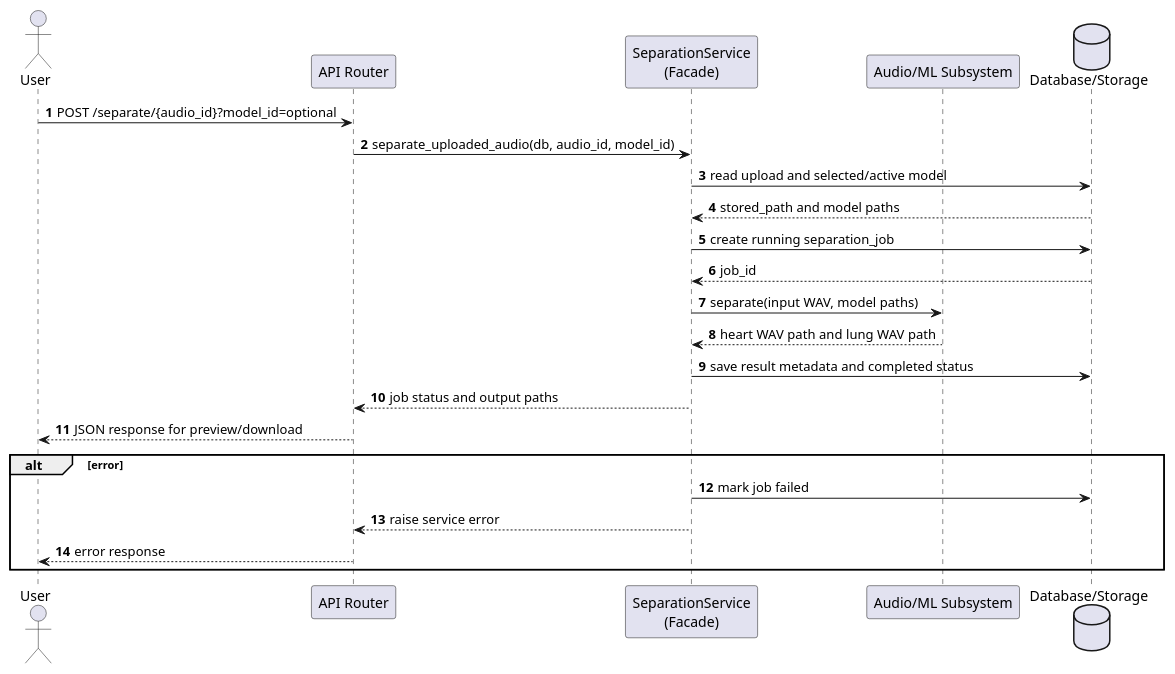
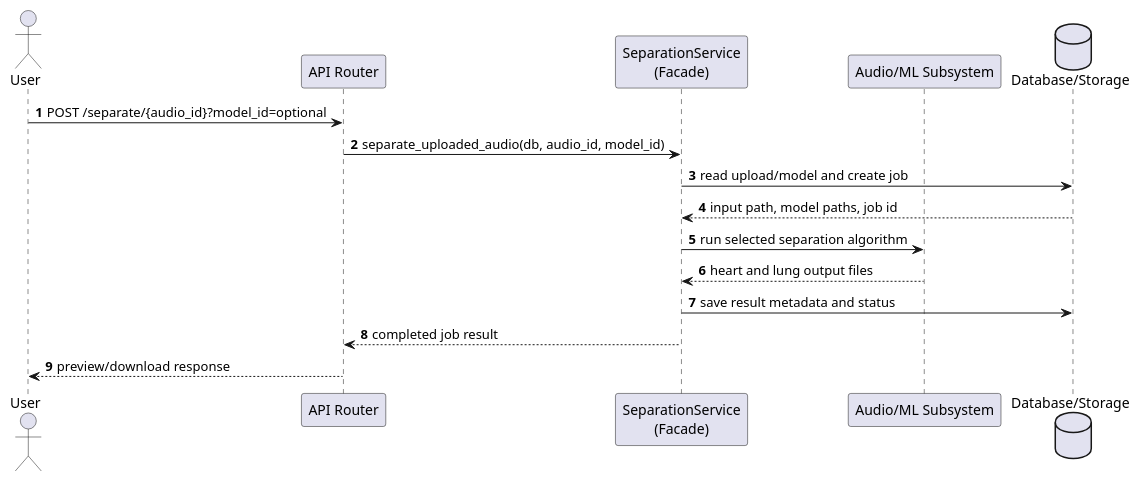
Before and after one commit to ASHRAF-2004/Machine-Learning-Based-System-for-Cardiopulmonary-Sound-Separation: the diagram in docs/software_design_report/diagrams/puml/facade_sequence.puml, drawn with PlantUML. The commit also changed 20 other files, not shown here.

Commit message:
Polish software design report structure and diagrams

```diff
--- a/docs/software_design_report/diagrams/puml/facade_sequence.puml
+++ b/docs/software_design_report/diagrams/puml/facade_sequence.puml
@@ -1,35 +1,25 @@
 @startuml
 ' Facade Pattern sequence diagram.
 ' Suggested LaTeX placement: normal page.
 
 skinparam shadowing false
 autonumber
 
 actor User
 participant "API Router" as Router
 participant "SeparationService\n(Facade)" as Service
 participant "Audio/ML Subsystem" as ML
 database "Database/Storage" as Persistence
 
 User -> Router : POST /separate/{audio_id}?model_id=optional
 Router -> Service : separate_uploaded_audio(db, audio_id, model_id)
 
-Service -> Persistence : read upload and selected/active model
-Persistence --> Service : stored_path and model paths
-Service -> Persistence : create running separation_job
-Persistence --> Service : job_id
-
-Service -> ML : separate(input WAV, model paths)
-ML --> Service : heart WAV path and lung WAV path
-
-Service -> Persistence : save result metadata and completed status
-Service --> Router : job status and output paths
-Router --> User : JSON response for preview/download
-
-alt error
-  Service -> Persistence : mark job failed
-  Service --> Router : raise service error
-  Router --> User : error response
-end
+Service -> Persistence : read upload/model and create job
+Persistence --> Service : input path, model paths, job id
+Service -> ML : run selected separation algorithm
+ML --> Service : heart and lung output files
+Service -> Persistence : save result metadata and status
+Service --> Router : completed job result
+Router --> User : preview/download response
 
 @enduml
```
